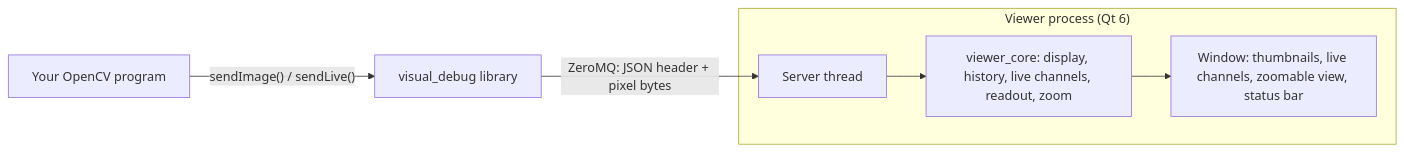
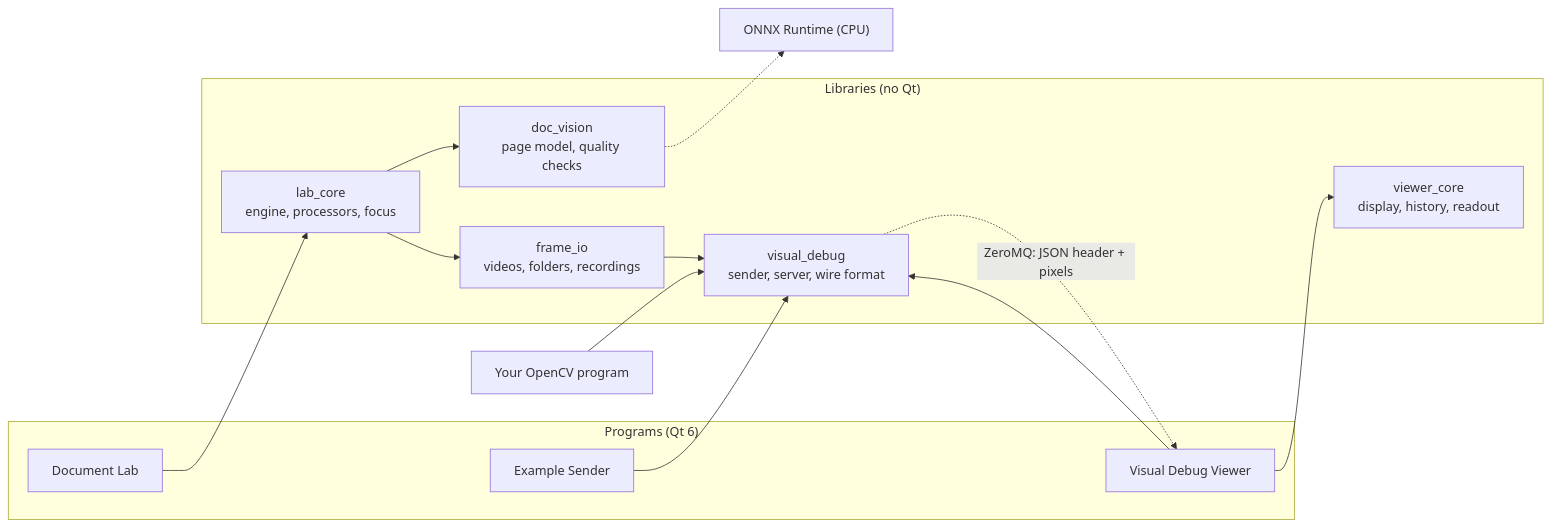
The diagram in README.md (mbuster8/id-vision-lab), drawn with Mermaid before and after one commit. The commit also changed other lines of this file and 2 other files, not shown here.

First line of the commit message:
docs: rework the README around the Document Lab, with contents

````diff
--- a/README.md
+++ b/README.md
@@ -120,9 +238,25 @@
 ```mermaid
 flowchart LR
-    host["Your OpenCV program"] -- "sendImage() / sendLive()" --> vd["visual_debug library"]
-    vd -- "ZeroMQ: JSON header + pixel bytes" --> server
-    subgraph viewer["Viewer process (Qt 6)"]
-        server["Server thread"] --> core["viewer_core: display, history, live channels, readout, zoom"]
-        core --> ui["Window: thumbnails, live channels, zoomable view, status bar"]
+    subgraph apps["Programs (Qt 6)"]
+        lab["Document Lab"]
+        viewer["Visual Debug Viewer"]
+        sender["Example Sender"]
     end
+    subgraph libs["Libraries (no Qt)"]
+        lc["lab_core<br/>engine, processors, focus"]
+        dv["doc_vision<br/>page model, quality checks"]
+        fio["frame_io<br/>videos, folders, recordings"]
+        vc["viewer_core<br/>display, history, readout"]
+        vd["visual_debug<br/>sender, server, wire format"]
+    end
+    yours["Your OpenCV program"] --> vd
+    lab --> lc
+    lc --> dv
+    lc --> fio
+    fio --> vd
+    viewer --> vc
+    viewer --> vd
+    sender --> vd
+    dv -.-> ort["ONNX Runtime (CPU)"]
+    vd -. "ZeroMQ: JSON header + pixels" .-> viewer
 ```
````
